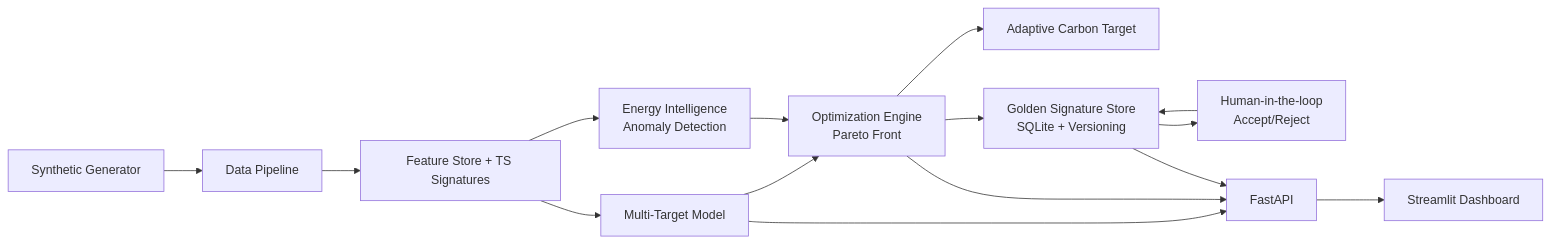
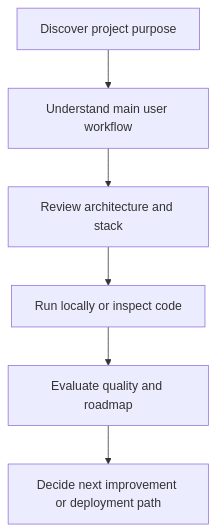
One commit to bhedanikhilkumar-code/ai-manufacturing-intelligence changed the first of 3 diagrams in README.md. Above: the diagram before and after it, drawn with Mermaid. The commit also changed other lines of this file, not shown here.

````diff
--- a/README.md
+++ b/README.md
@@ -18,17 +59,8 @@
 ```mermaid
-flowchart LR
-A[Synthetic Generator] --> B[Data Pipeline]
-B --> C[Feature Store + TS Signatures]
-C --> D[Multi-Target Model]
-C --> E[Energy Intelligence\nAnomaly Detection]
-D --> F[Optimization Engine\nPareto Front]
-E --> F
-F --> G[Adaptive Carbon Target]
-F --> H[Golden Signature Store\nSQLite + Versioning]
-H --> I[Human-in-the-loop\nAccept/Reject]
-I --> H
-D --> J[FastAPI]
-F --> J
-H --> J
-J --> K[Streamlit Dashboard]
+flowchart TD
+    A[Discover project purpose] --> B[Understand main user workflow]
+    B --> C[Review architecture and stack]
+    C --> D[Run locally or inspect code]
+    D --> E[Evaluate quality and roadmap]
+    E --> F[Decide next improvement or deployment path]
 ```
````
